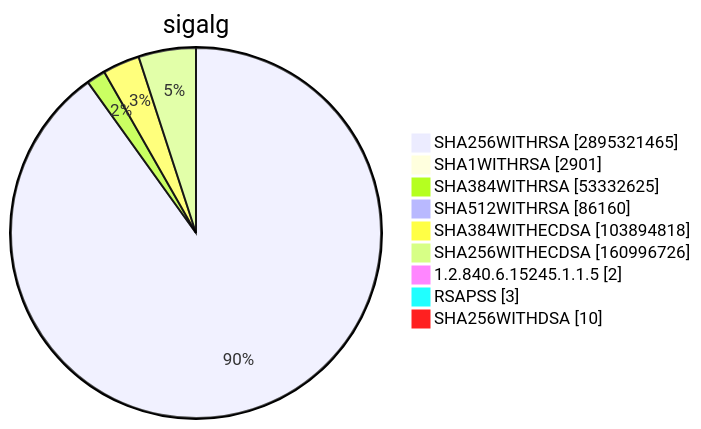
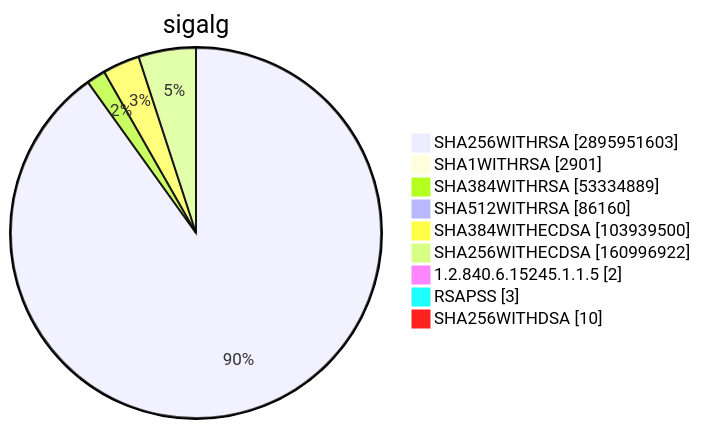
Diagram 15 of 15 in TOTAL/README.md (christiankrug/ctmonitor_visualization), drawn with Mermaid before and after one commit. The commit also changed other lines of this file, not shown here.

````diff
--- a/TOTAL/README.md
+++ b/TOTAL/README.md
@@ -6207,13 +6207,13 @@
 ```mermaid
 pie showData
 title sigalg
-"SHA256WITHRSA" :2895321465
+"SHA256WITHRSA" :2895951603
 "SHA1WITHRSA" :2901
-"SHA384WITHRSA" :53332625
+"SHA384WITHRSA" :53334889
 "SHA512WITHRSA" :86160
-"SHA384WITHECDSA" :103894818
-"SHA256WITHECDSA" :160996726
+"SHA384WITHECDSA" :103939500
+"SHA256WITHECDSA" :160996922
 "1.2.840.6.15245.1.1.5" :2
 "RSAPSS" :3
 "SHA256WITHDSA" :10
 ```
````
